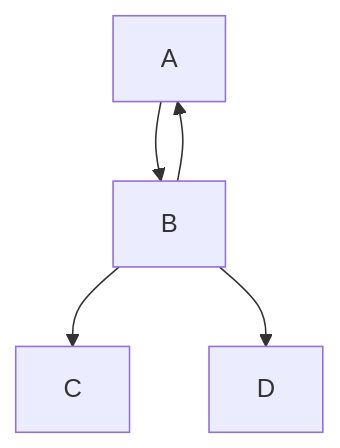
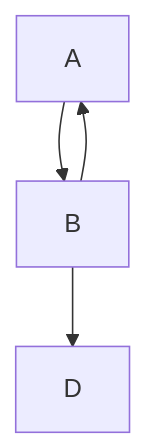
One commit to tobdos/ghpages-dogygen changed the diagram in docs/index.md. Above: the diagram before and after it, drawn with Mermaid. The commit also changed other lines of this file, not shown here.

````diff
--- a/docs/index.md
+++ b/docs/index.md
@@ -15,7 +15,6 @@
 ```mermaid
 graph TD;
     A-->B;
-    B-->C;
     B-->A;
     B-->D;
 ```
````
